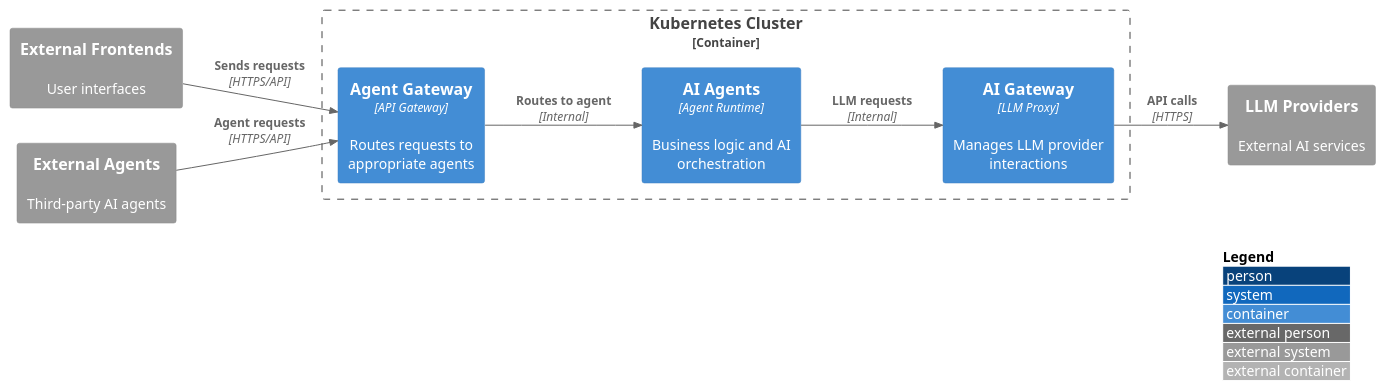
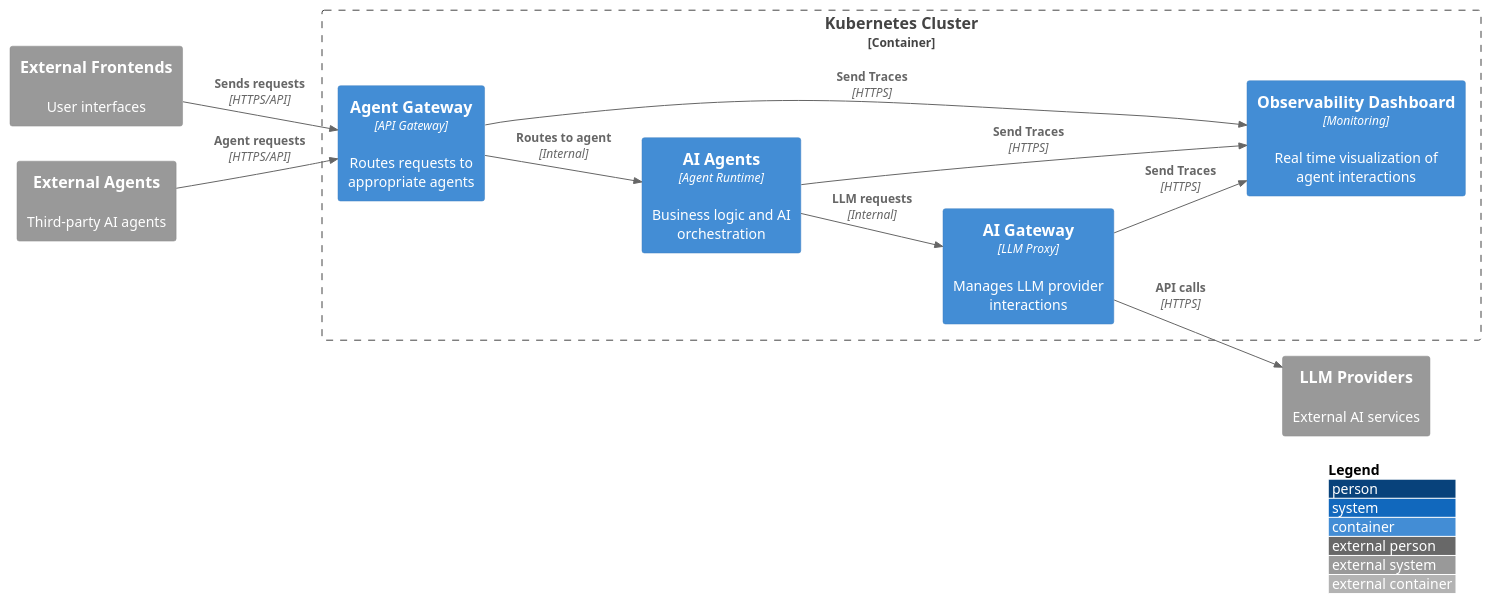
Before and after one commit to agentic-layer/documentation: the first of 3 diagrams in architecture/docs/modules/building-blocks/pages/index.adoc, drawn with PlantUML. The commit also changed other lines of this file, not shown here.

```diff
--- a/architecture/docs/modules/building-blocks/pages/index.adoc
+++ b/architecture/docs/modules/building-blocks/pages/index.adoc
@@ -4,27 +15,31 @@
 [plantuml, core-request-flow, format="svg"]
 ....
 @startuml
 !include https://raw.githubusercontent.com/plantuml-stdlib/C4-PlantUML/master/C4_Container.puml
 left to right direction
 
 System_Ext(extFrontends, "External Frontends", "User interfaces")
 System_Ext(extAgents, "External Agents", "Third-party AI agents")
 
 Container_Boundary(k8sCluster, "Kubernetes Cluster") {
     Container(agentGateway, "Agent Gateway", "API Gateway", "Routes requests to appropriate agents")
     Container(agents, "AI Agents", "Agent Runtime", "Business logic and AI orchestration")
     Container(aiGateway, "AI Gateway", "LLM Proxy", "Manages LLM provider interactions")
+    Container(obsDashboard, "Observability Dashboard", "Monitoring", "Real time visualization of agent interactions")
 }
 
 System_Ext(llmProviders, "LLM Providers", "External AI services")
 
 ' Request flow
 Rel(extFrontends, agentGateway, "Sends requests", "HTTPS/API")
 Rel(extAgents, agentGateway, "Agent requests", "HTTPS/API")
 Rel(agentGateway, agents, "Routes to agent", "Internal")
 Rel(agents, aiGateway, "LLM requests", "Internal")
 Rel(aiGateway, llmProviders, "API calls", "HTTPS")
+Rel(agentGateway, obsDashboard, "Send Traces", "HTTPS")
+Rel(aiGateway, obsDashboard, "Send Traces", "HTTPS")
+Rel(agents, obsDashboard, "Send Traces", "HTTPS")
 
 LAYOUT_WITH_LEGEND()
 @enduml
 ....
```
